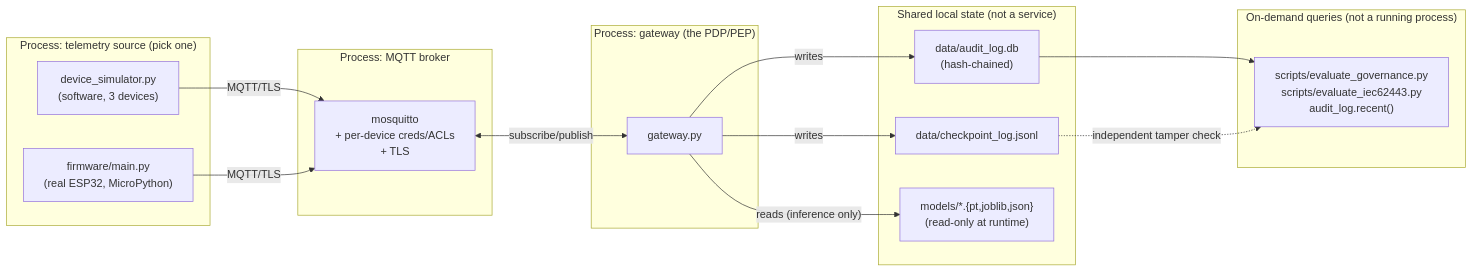
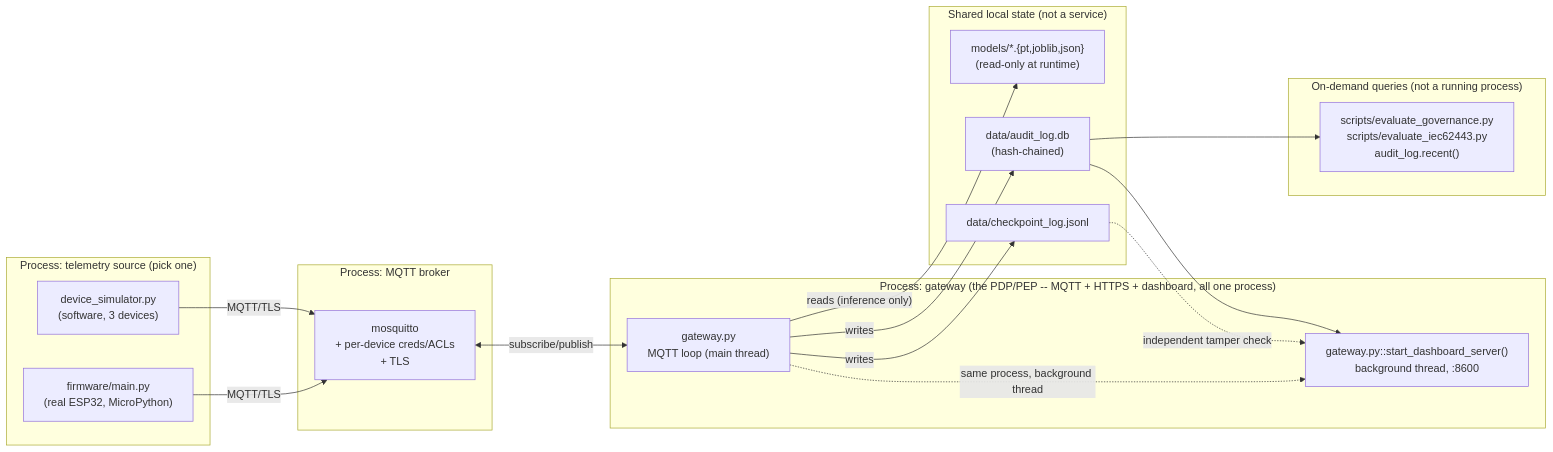
One commit to mritula2311/Zero-Trust-CPS changed the fifth of 6 diagrams in docs/13_system_architecture_and_workflow.md. Above: the diagram before and after it, drawn with Mermaid. The commit also changed other lines of this file and 7 other files, not shown here.

First line of the commit message:
Merge dashboard live-data serving into gateway.py

````diff
--- a/docs/13_system_architecture_and_workflow.md
+++ b/docs/13_system_architecture_and_workflow.md
@@ -200,30 +207,33 @@
 ```mermaid
 flowchart LR
     subgraph Proc1["Process: MQTT broker"]
         MB["mosquitto<br/>+ per-device creds/ACLs<br/>+ TLS"]
     end
     subgraph Proc2["Process: telemetry source (pick one)"]
         SIM["device_simulator.py<br/>(software, 3 devices)"]
         FW["firmware/main.py<br/>(real ESP32, MicroPython)"]
     end
-    subgraph Proc3["Process: gateway (the PDP/PEP)"]
-        GWP["gateway.py"]
+    subgraph Proc3["Process: gateway (the PDP/PEP -- MQTT + HTTPS + dashboard, all one process)"]
+        GWP["gateway.py<br/>MQTT loop (main thread)"]
+        DASH["gateway.py::start_dashboard_server()<br/>background thread, :8600"]
     end
     subgraph OnDemand["On-demand queries (not a running process)"]
         EVAL["scripts/evaluate_governance.py<br/>scripts/evaluate_iec62443.py<br/>audit_log.recent()"]
     end
     subgraph Files["Shared local state (not a service)"]
         DB["data/audit_log.db<br/>(hash-chained)"]
         CKPT["data/checkpoint_log.jsonl"]
         MDL["models/*.{pt,joblib,json}<br/>(read-only at runtime)"]
     end
 
     SIM -- "MQTT/TLS" --> MB
     FW -- "MQTT/TLS" --> MB
     MB <-- "subscribe/publish" --> GWP
     GWP -- "reads (inference only)" --> MDL
     GWP -- "writes" --> DB
     GWP -- "writes" --> CKPT
+    GWP -.->|same process, background thread| DASH
     DB --> EVAL
-    CKPT -.->|independent tamper check| EVAL
+    DB --> DASH
+    CKPT -.->|independent tamper check| DASH
 ```
````
